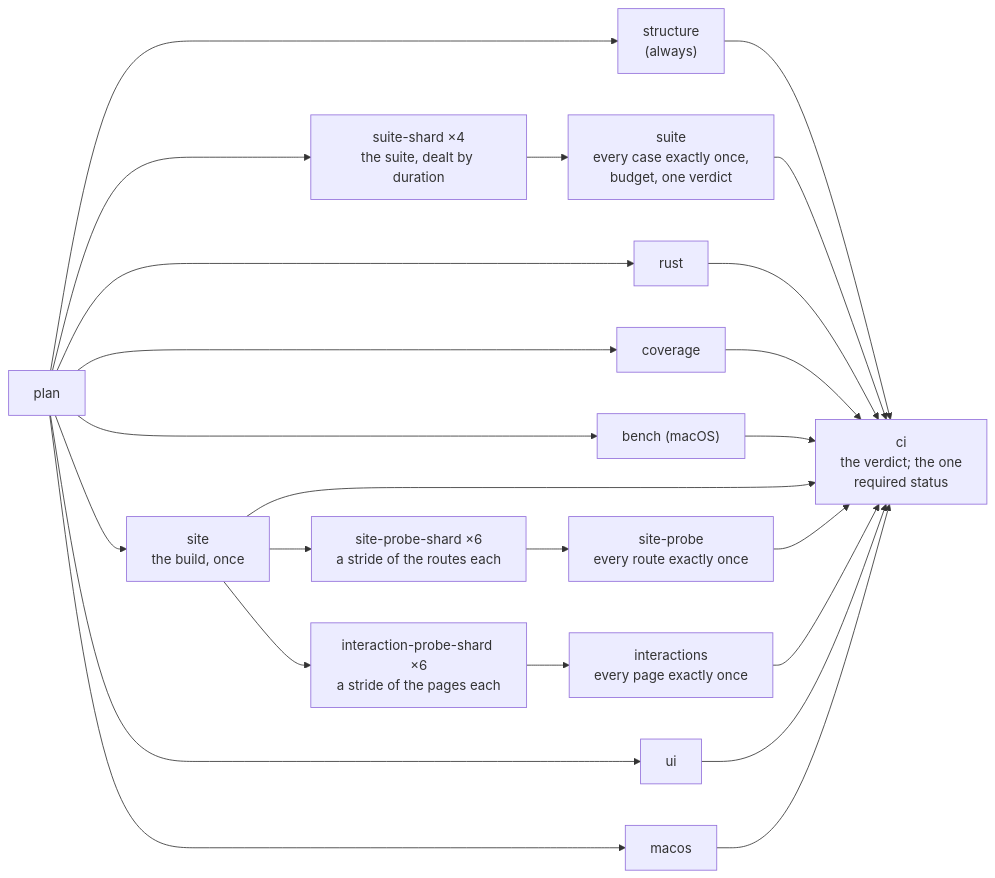
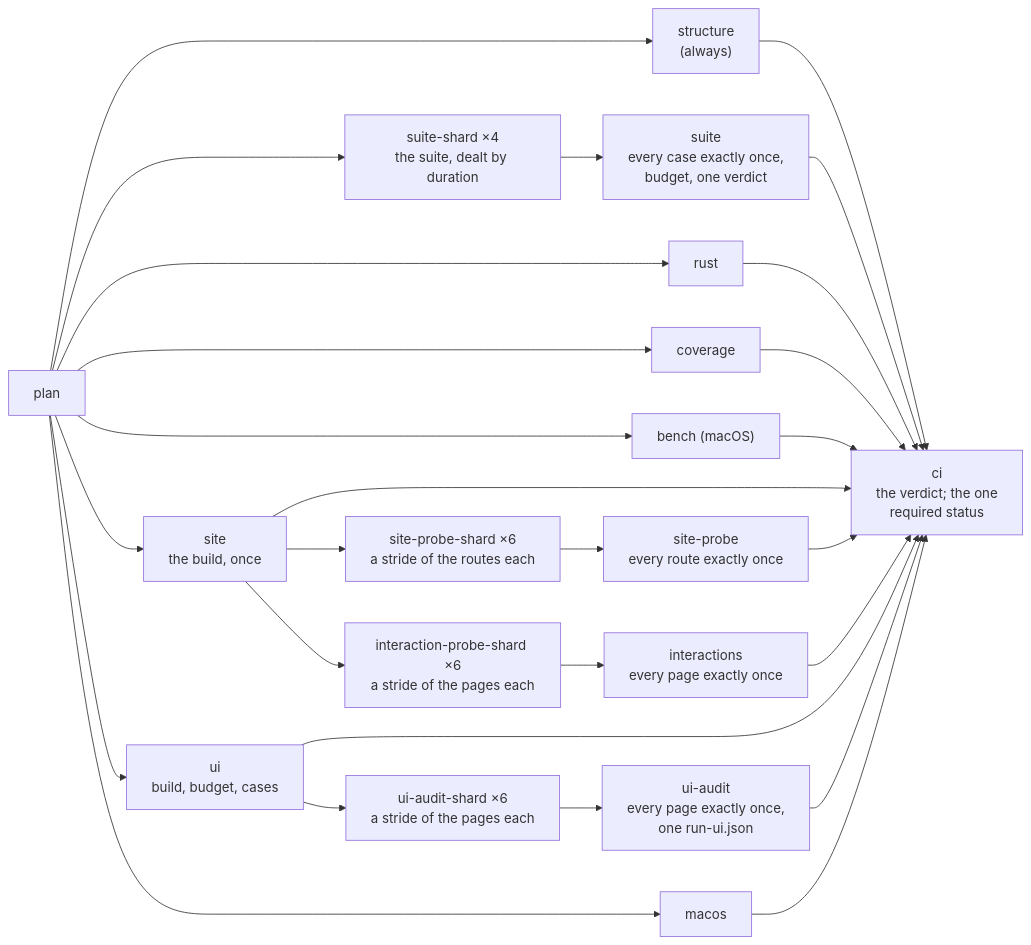
The first of 2 diagrams in docs/CI.md (korczis/prismatic-majordomus), drawn with Mermaid before and after one commit. The commit also changed other lines of this file and 27 other files, not shown here.

````diff
--- a/docs/CI.md
+++ b/docs/CI.md
@@ -14,17 +14,19 @@
 ```mermaid
 flowchart LR
   plan["plan"] --> structure["structure<br>(always)"]
   plan --> shards["suite-shard ×4<br>the suite, dealt by duration"]
   shards --> suite["suite<br>every case exactly once,<br>budget, one verdict"]
   plan --> rust["rust"]
   plan --> coverage["coverage"]
   plan --> bench["bench (macOS)"]
   plan --> site["site<br>the build, once"]
   site --> probeshards["site-probe-shard ×6<br>a stride of the routes each"]
   probeshards --> probe["site-probe<br>every route exactly once"]
   site --> ishards["interaction-probe-shard ×6<br>a stride of the pages each"]
   ishards --> interactions["interactions<br>every page exactly once"]
-  plan --> ui["ui"]
+  plan --> ui["ui<br>build, budget, cases"]
+  ui --> ushards["ui-audit-shard ×6<br>a stride of the pages each"]
+  ushards --> uiaudit["ui-audit<br>every page exactly once,<br>one run-ui.json"]
   plan --> macos["macos"]
-  structure & suite & rust & coverage & bench & site & probe & interactions & ui & macos --> ci["ci<br>the verdict; the one<br>required status"]
+  structure & suite & rust & coverage & bench & site & probe & interactions & ui & uiaudit & macos --> ci["ci<br>the verdict; the one<br>required status"]
 ```
````
